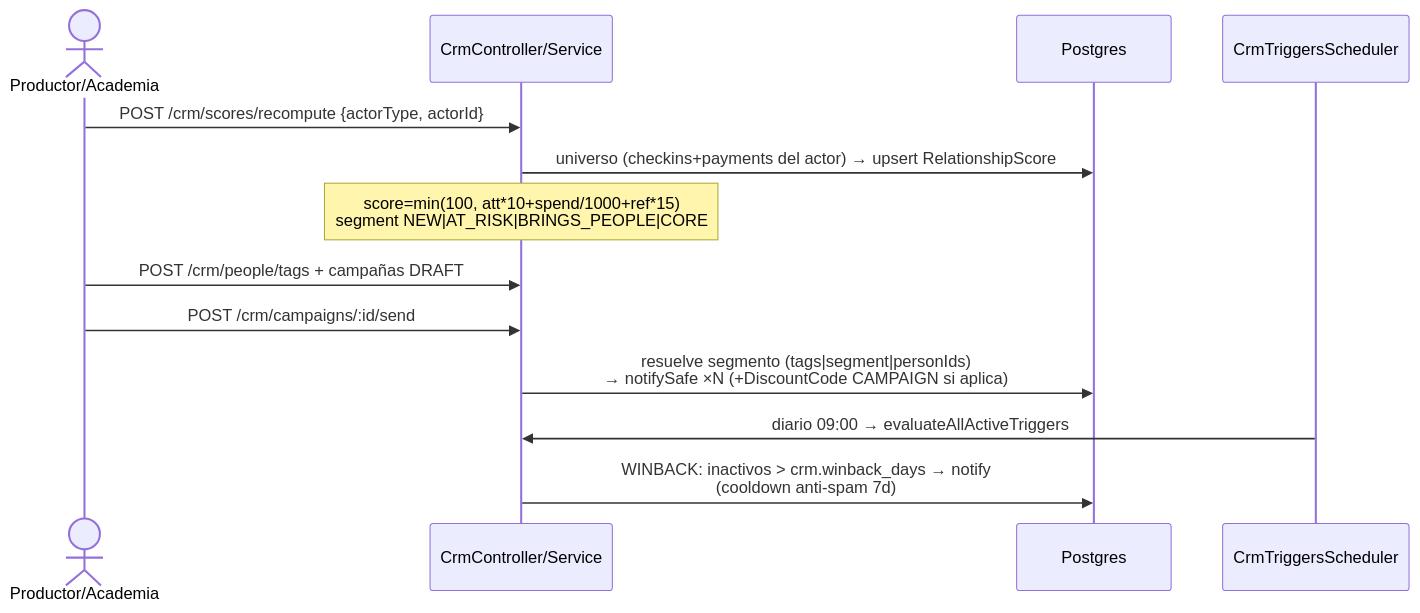
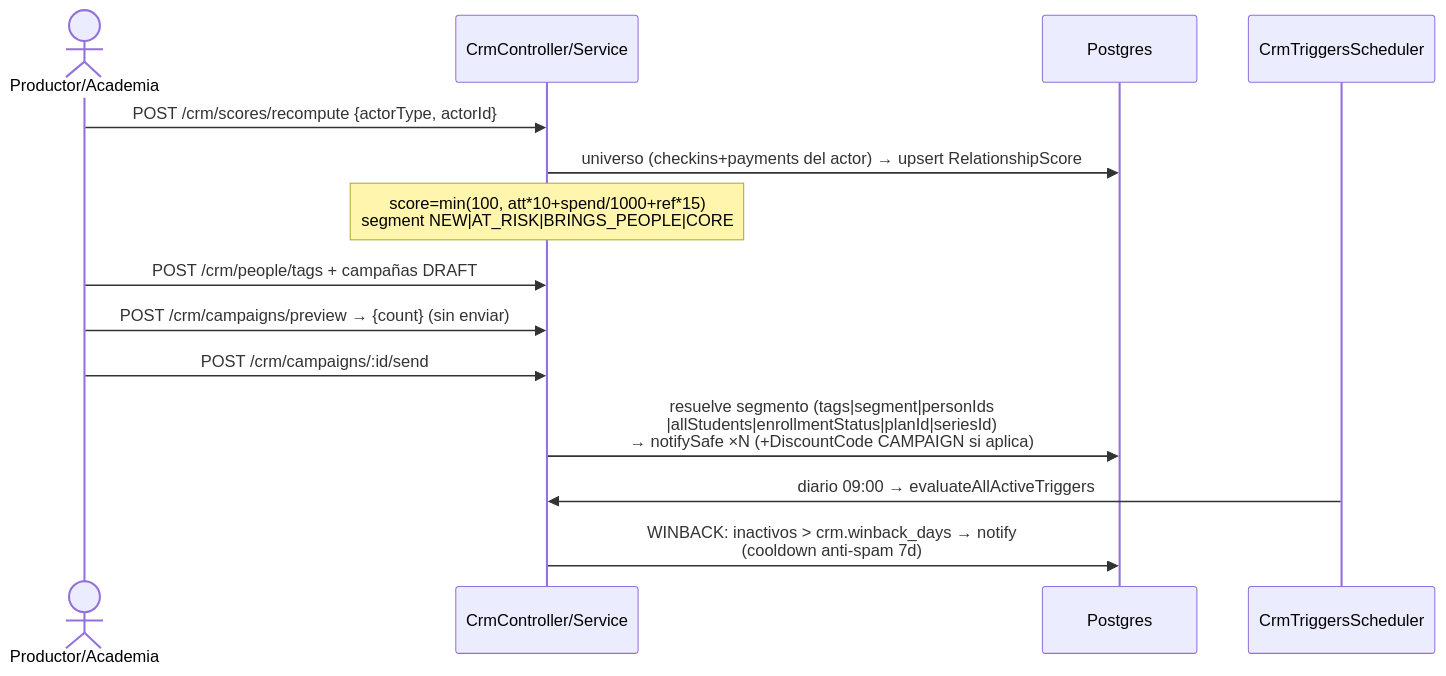
One commit to EduardoSalasG/omnidance changed diagram 28 of 31 in docs/flows.md. Above: the diagram before and after it, drawn with Mermaid. The commit also changed 3 other files, not shown here.

First line of the commit message:
fix(crm): etiqueta de audiencia cubre criterios de academia + e2e del preview

````diff
--- a/docs/flows.md
+++ b/docs/flows.md
@@ -623,16 +623,17 @@
 ```mermaid
 sequenceDiagram
     actor P as Productor/Academia
     participant API as CrmController/Service
     participant DB as Postgres
     participant CRON as CrmTriggersScheduler
 
     P->>API: POST /crm/scores/recompute {actorType, actorId}
     API->>DB: universo (checkins+payments del actor) → upsert RelationshipScore
     Note over API: score=min(100, att*10+spend/1000+ref*15)<br/>segment NEW|AT_RISK|BRINGS_PEOPLE|CORE
     P->>API: POST /crm/people/tags + campañas DRAFT
+    P->>API: POST /crm/campaigns/preview → {count} (sin enviar)
     P->>API: POST /crm/campaigns/:id/send
-    API->>DB: resuelve segmento (tags|segment|personIds)<br/>→ notifySafe ×N (+DiscountCode CAMPAIGN si aplica)
+    API->>DB: resuelve segmento (tags|segment|personIds<br/>|allStudents|enrollmentStatus|planId|seriesId)<br/>→ notifySafe ×N (+DiscountCode CAMPAIGN si aplica)
     CRON->>API: diario 09:00 → evaluateAllActiveTriggers
     API->>DB: WINBACK: inactivos > crm.winback_days → notify<br/>(cooldown anti-spam 7d)
 ```
````
